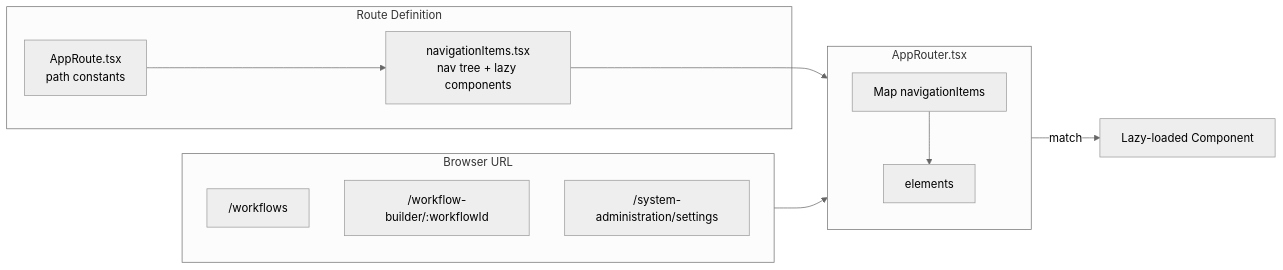
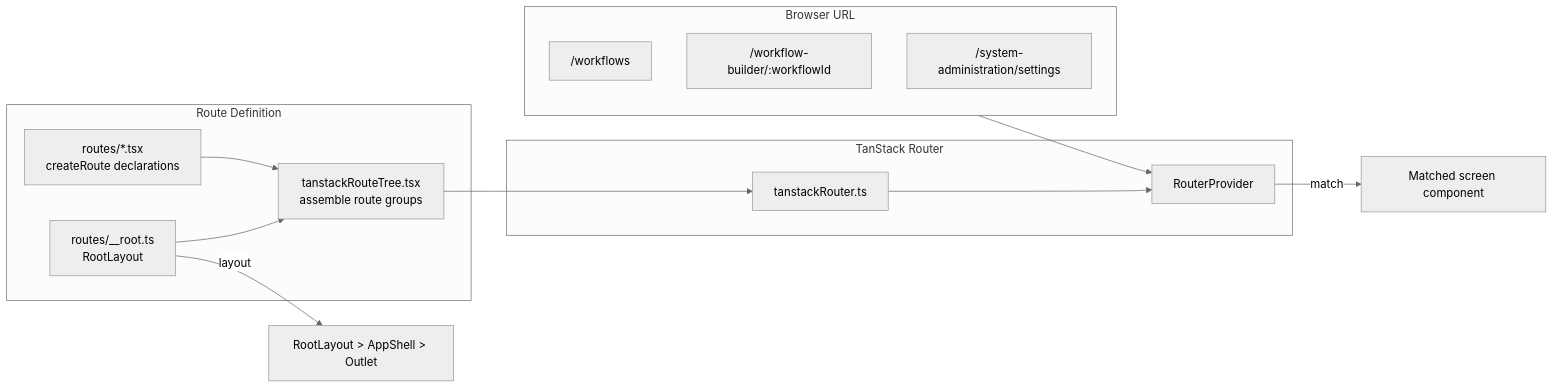
Before and after one commit to AlanCoding/syntara: the sixth of 19 diagrams in frontend/docs/architecture.md, drawn with Mermaid (neutral theme). The commit also changed other lines of this file and 8 other files, not shown here.

````diff
--- a/frontend/docs/architecture.md
+++ b/frontend/docs/architecture.md
@@ -347,24 +354,27 @@
 ```mermaid
 flowchart LR
   subgraph Definition["Route Definition"]
-    AR[AppRoute.tsx<br/>path constants]
-    NI[navigationItems.tsx<br/>nav tree + lazy components]
+    Root["routes/__root.ts<br/>RootLayout"]
+    Modules["routes/*.tsx<br/>createRoute declarations"]
+    Tree["tanstackRouteTree.tsx<br/>assemble route groups"]
+    Root --> Tree
+    Modules --> Tree
   end
 
-  subgraph Router["AppRouter.tsx"]
-    Map["Map navigationItems"]
-    Route["<Route> elements"]
-    Map --> Route
+  subgraph Runtime["TanStack Router"]
+    Router["tanstackRouter.ts"]
+    Provider["RouterProvider"]
+    Router --> Provider
   end
 
   subgraph URL["Browser URL"]
     U["/workflows"]
     U2["/workflow-builder/:workflowId"]
     U3["/system-administration/settings"]
   end
 
-  AR --> NI
-  NI --> Router
-  URL --> Router
-  Router -->|"match"| Component["Lazy-loaded Component"]
+  Tree --> Router
+  URL --> Provider
+  Provider -->|"match"| Component["Matched screen component"]
+  Root -->|"layout"| Shell["RootLayout > AppShell > Outlet"]
 ```
````
